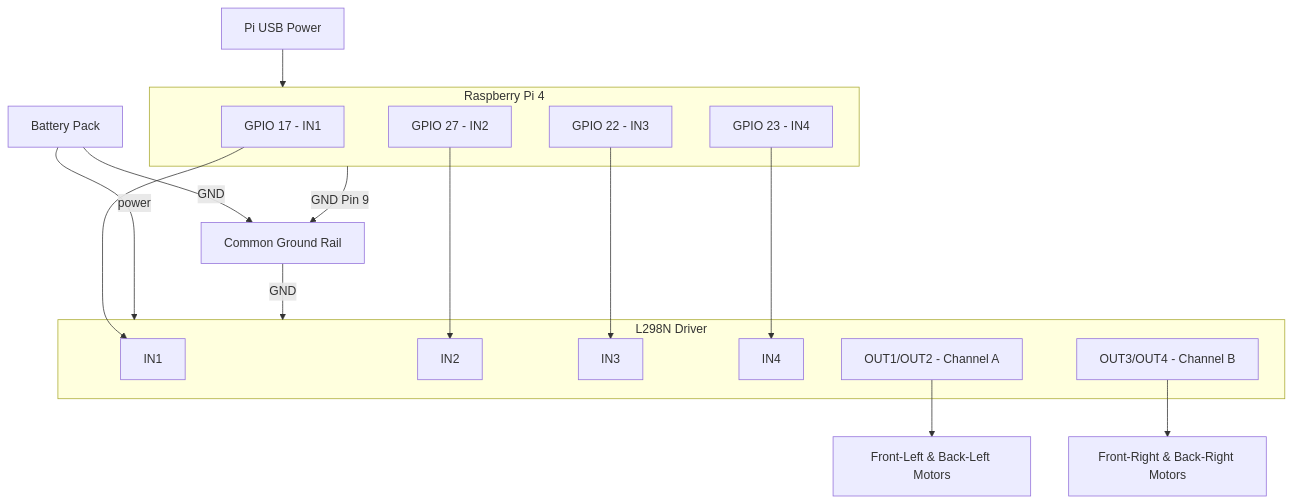
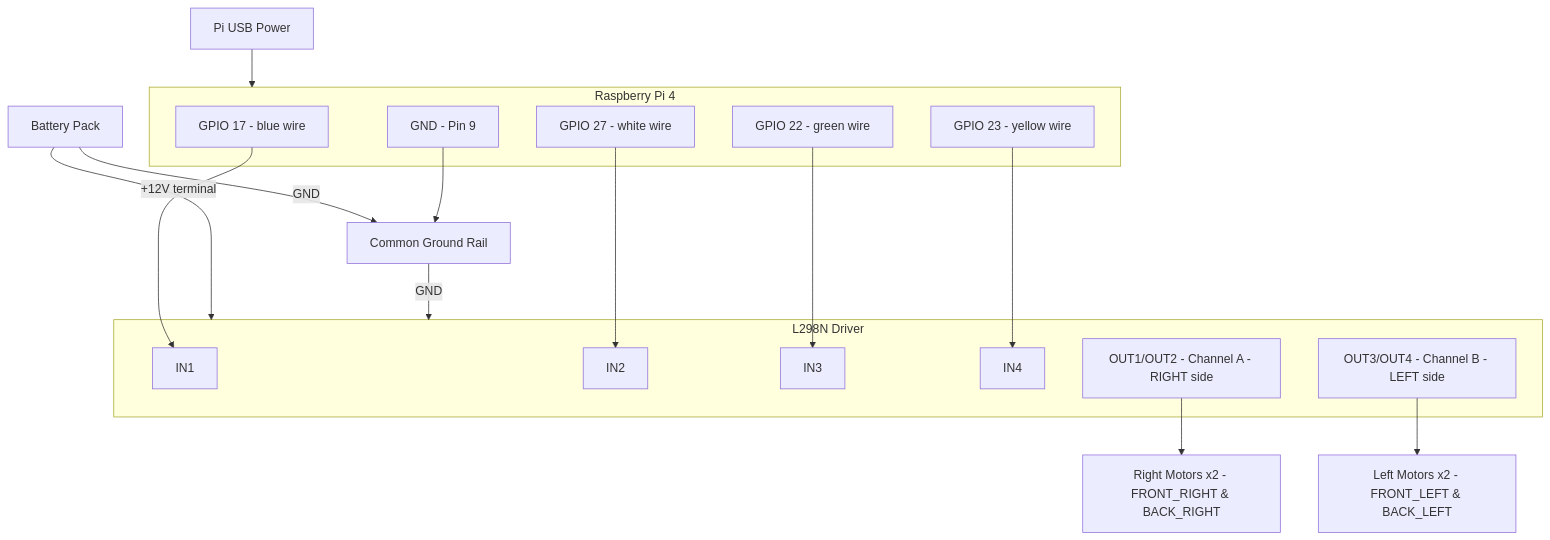
The diagram in diagram.md (rbarman/rc-car), drawn with Mermaid before and after one commit. The commit also changed 1 other file, not shown here.

Commit message:
update diagram + status

````diff
--- a/diagram.md
+++ b/diagram.md
@@ -1,43 +1,34 @@
 ```mermaid
 graph TD
-    %% Power System
     PiPower[Pi USB Power] --> Pi
-    Batt[Battery Pack] -->|power| D1
+    Batt[Battery Pack] -->|+12V terminal| D1
     Batt -->|GND| GND_Bus[Common Ground Rail]
 
-    %% Ground Bridge
-    Pi -->|GND Pin 9| GND_Bus
+    subgraph Pi [Raspberry Pi 4]
+        GPIO17[GPIO 17 - blue wire]
+        GPIO27[GPIO 27 - white wire]
+        GPIO22[GPIO 22 - green wire]
+        GPIO23[GPIO 23 - yellow wire]
+        PiGND[GND - Pin 9]
+    end
+
+    PiGND --> GND_Bus
     GND_Bus -->|GND| D1
 
-    %% Controllers
-    subgraph Pi [Raspberry Pi 4]
-        GPIO17[GPIO 17 - IN1]
-        GPIO27[GPIO 27 - IN2]
-        GPIO22[GPIO 22 - IN3]
-        GPIO23[GPIO 23 - IN4]
-    end
-
-    %% Single L298N Driver
     subgraph D1 [L298N Driver]
         IN1[IN1]
         IN2[IN2]
         IN3[IN3]
         IN4[IN4]
-        OUT_A[OUT1/OUT2 - Channel A]
-        OUT_B[OUT3/OUT4 - Channel B]
+        OUT_A[OUT1/OUT2 - Channel A - RIGHT side]
+        OUT_B[OUT3/OUT4 - Channel B - LEFT side]
     end
 
-    %% Motor Connections
-    M_Left[Front-Left & Back-Left Motors]
-    M_Right[Front-Right & Back-Right Motors]
-
-    %% Signal Links
     GPIO17 --> IN1
     GPIO27 --> IN2
     GPIO22 --> IN3
     GPIO23 --> IN4
 
-    %% Motor Power Links
-    OUT_A --> M_Left
-    OUT_B --> M_Right
+    OUT_A --> MR[Right Motors x2 - FRONT_RIGHT & BACK_RIGHT]
+    OUT_B --> ML[Left Motors x2 - FRONT_LEFT & BACK_LEFT]
 ```
````
